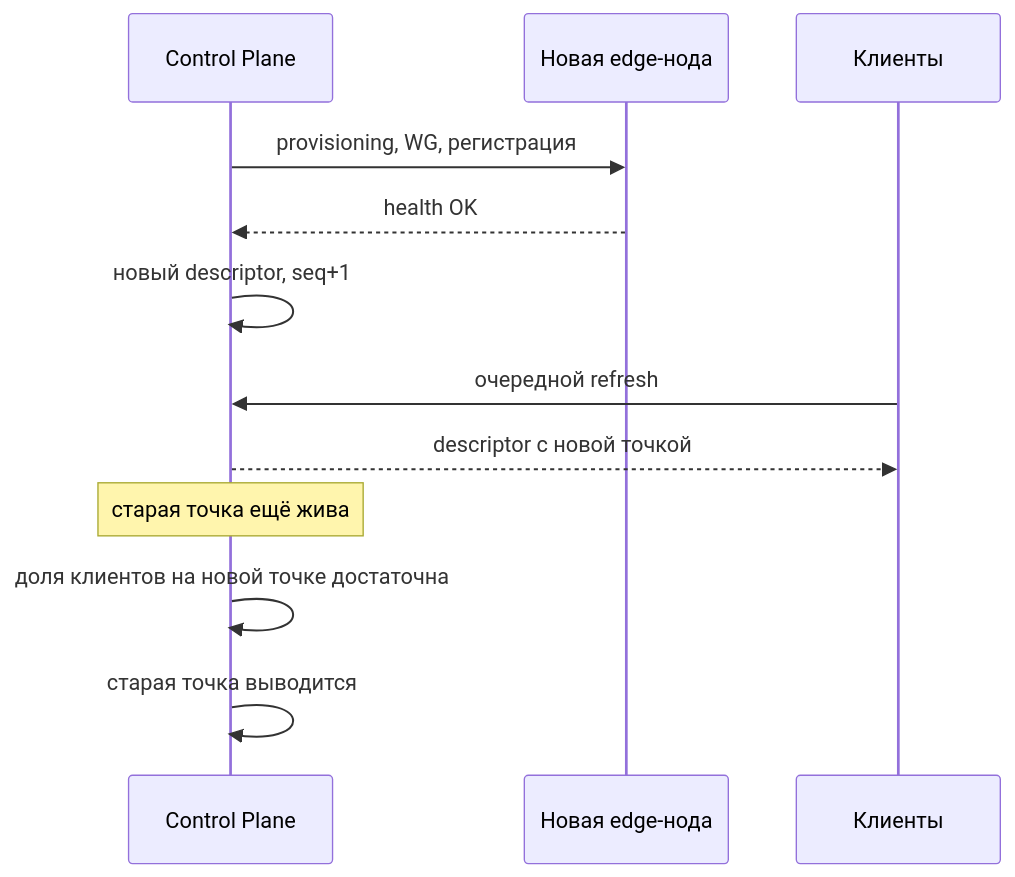
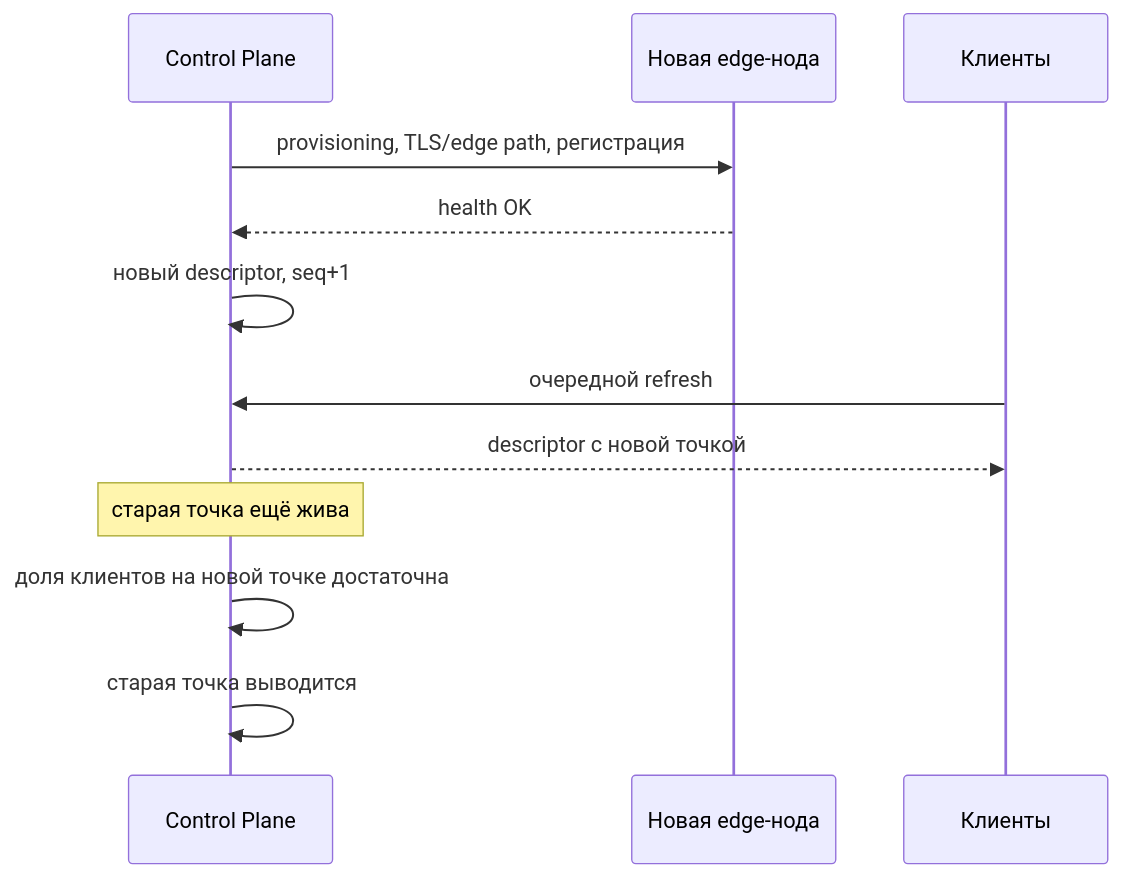
One commit to ai-zaytsev/simple changed the second of 2 diagrams in docs/architecture/bootstrap-recovery.md. Above: the diagram before and after it, drawn with Mermaid. The commit also changed 35 other files, not shown here.

````diff
--- a/docs/architecture/bootstrap-recovery.md
+++ b/docs/architecture/bootstrap-recovery.md
@@ -167,15 +167,15 @@
 ```mermaid
 sequenceDiagram
     participant CP as Control Plane
     participant E as Новая edge-нода
     participant C as Клиенты
 
-    CP->>E: provisioning, WG, регистрация
+    CP->>E: provisioning, TLS/edge path, регистрация
     E-->>CP: health OK
     CP->>CP: новый descriptor, seq+1
     C->>CP: очередной refresh
     CP-->>C: descriptor с новой точкой
     Note over CP: старая точка ещё жива
     CP->>CP: доля клиентов на новой точке достаточна
     CP->>CP: старая точка выводится
 ```
````
